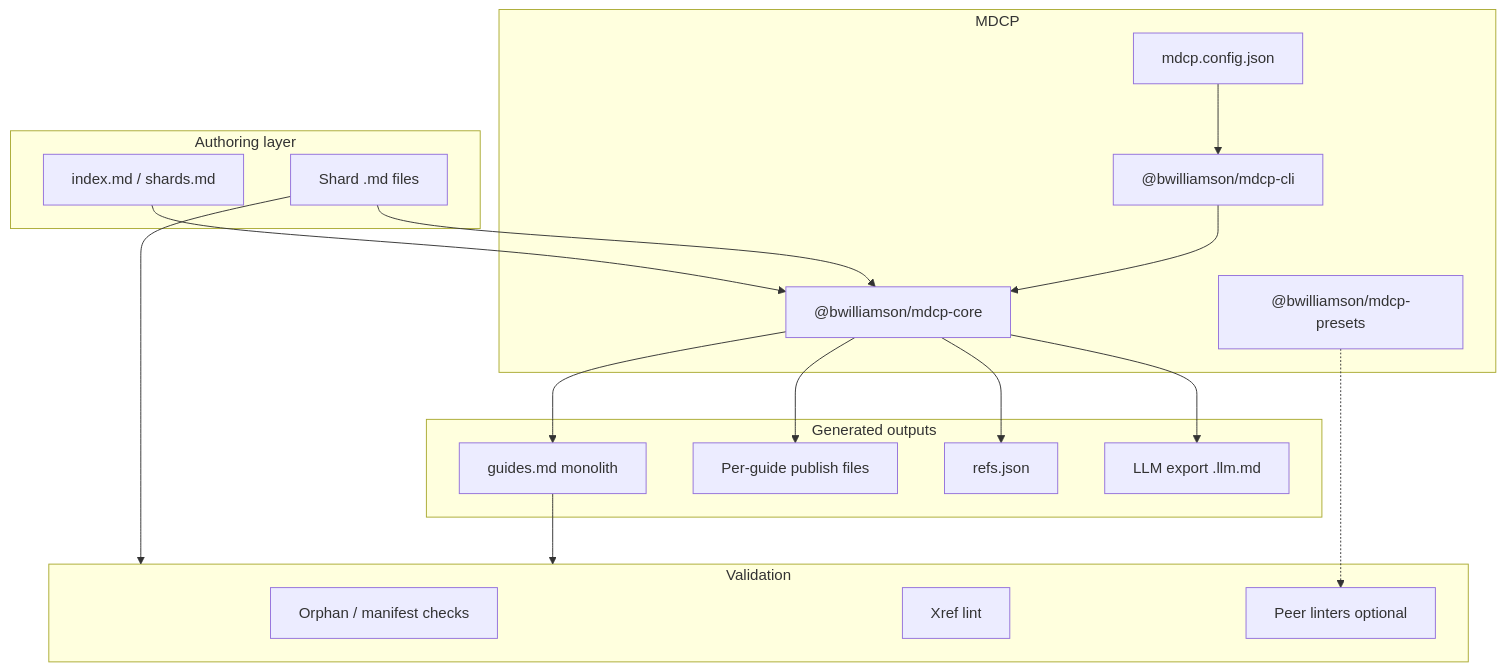
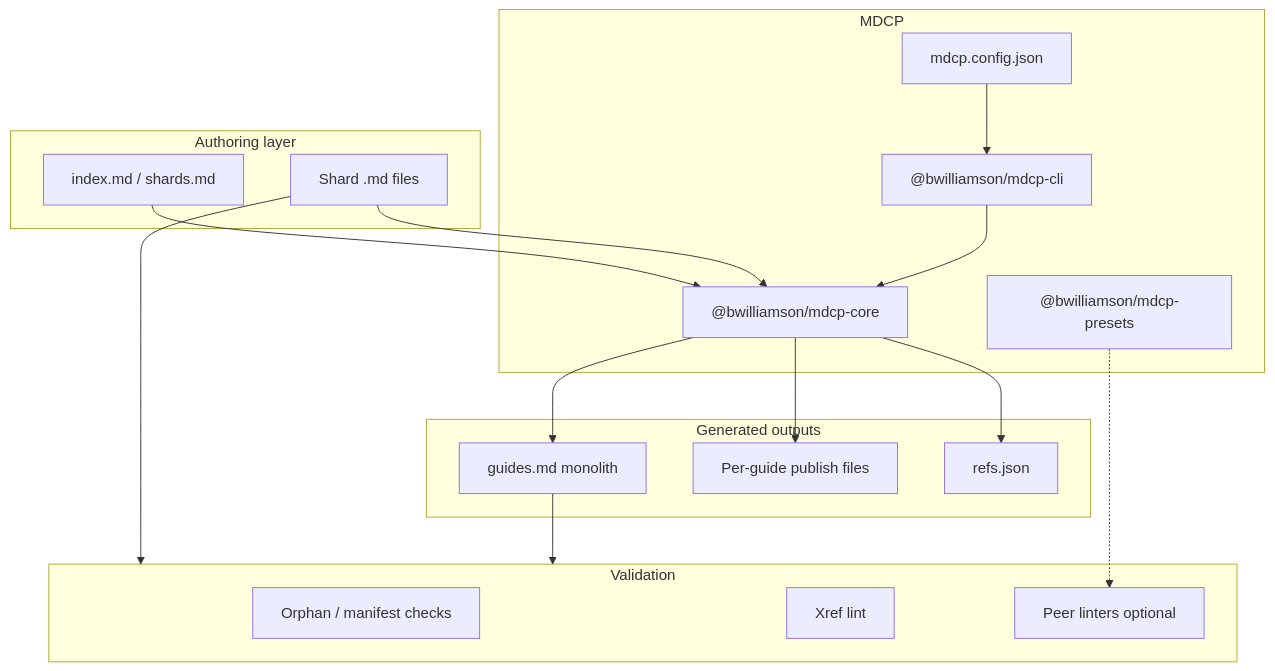
The diagram in docs/features/overview.md (betsalel-williamson/mdcp), drawn with Mermaid before and after one commit. The commit also changed other lines of this file and 37 other files, not shown here.

First line of the commit message:
feat!: remove unused export --llm on skills branch

````diff
--- a/docs/features/overview.md
+++ b/docs/features/overview.md
@@ -52,39 +52,37 @@
 ```mermaid
 flowchart TB
   subgraph author["Authoring layer"]
     shards["Shard .md files"]
     index["index.md / shards.md"]
   end
 
   subgraph mdcp["MDCP"]
     cli["@bwilliamson/mdcp-cli"]
     core["@bwilliamson/mdcp-core"]
     presets["@bwilliamson/mdcp-presets"]
     config["mdcp.config.json"]
   end
 
   subgraph outputs["Generated outputs"]
     monolith["guides.md monolith"]
     publish["Per-guide publish files"]
     refs["refs.json"]
-    llm["LLM export .llm.md"]
   end
 
   subgraph validate["Validation"]
     orphans["Orphan / manifest checks"]
     xrefs["Xref lint"]
     peers["Peer linters optional"]
   end
 
   config --> cli
   cli --> core
   presets -.-> peers
   shards --> core
   index --> core
   core --> monolith
   core --> publish
   core --> refs
-  core --> llm
   monolith --> validate
   shards --> validate
 ```
````
